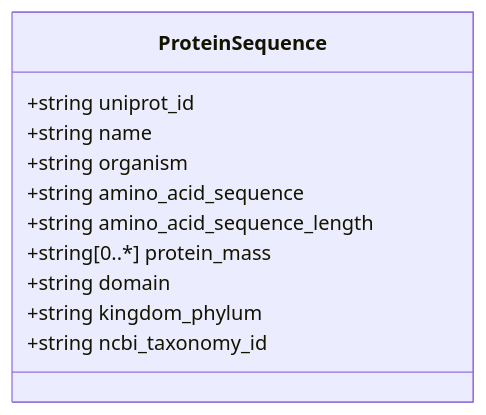
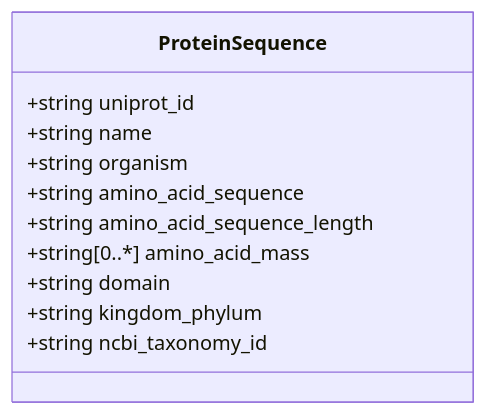
Before and after one commit to maxim945/TestDatabase-For-Lars: the diagram in Database/schemes/PyEED Data Model.md, drawn with Mermaid. The commit also changed 2 other files, not shown here.

Commit message:
API update

````diff
--- a/Database/schemes/PyEED Data Model.md
+++ b/Database/schemes/PyEED Data Model.md
@@ -1,16 +1,16 @@
 ```mermaid
 classDiagram
     
     class ProteinSequence {
         +string uniprot_id
         +string name
         +string organism
         +string amino_acid_sequence
         +string amino_acid_sequence_length
-        +string[0..*] protein_mass
+        +string[0..*] amino_acid_mass
         +string domain
         +string kingdom_phylum
         +string ncbi_taxonomy_id
     }
     
 ```
````
